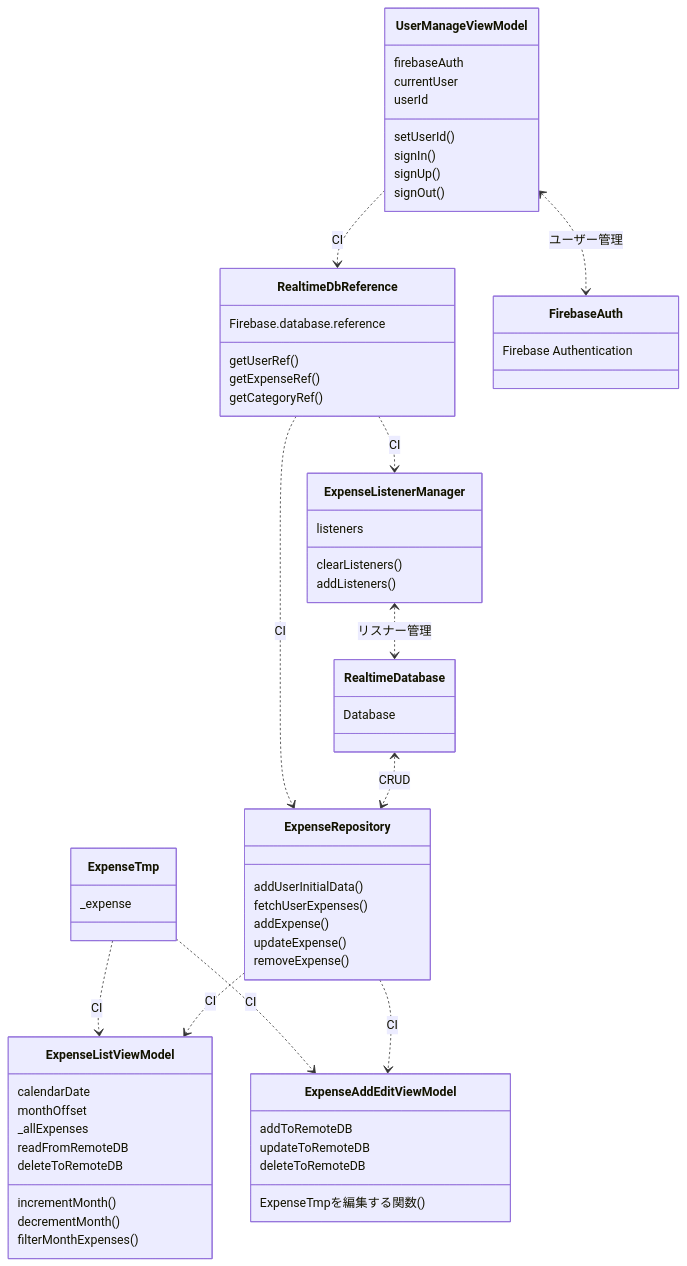
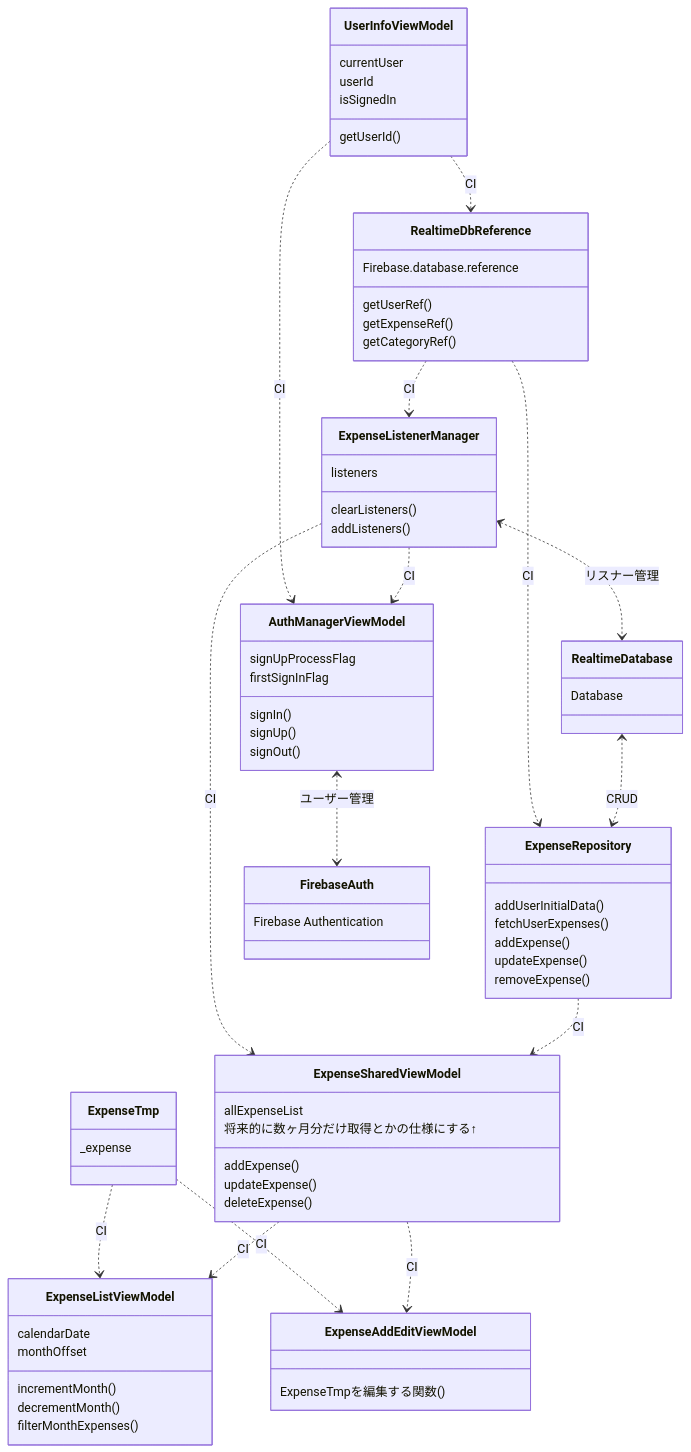
Before and after one commit to GakuAkita/HouseholdExpenses: the diagram in app/src/main/java/gaku/original/myapplication/UML/ClassDiagram.md, drawn with Mermaid. The commit also changed 15 other files, not shown here.

`````diff
--- a/app/src/main/java/gaku/original/myapplication/UML/ClassDiagram.md
+++ b/app/src/main/java/gaku/original/myapplication/UML/ClassDiagram.md
@@ -1,27 +1,19 @@
 ```mermaid
 classDiagram
-
 
 class ExpenseListViewModel{
 calendarDate
 monthOffset
-_allExpenses
 
 incrementMonth()
 decrementMonth()
 filterMonthExpenses()
-
-readFromRemoteDB
-deleteToRemoteDB
 %%AddEditとこのdeleteがかぶる
 }
 
 class ExpenseAddEditViewModel{
 
 ExpenseTmpを編集する関数()
-addToRemoteDB
-updateToRemoteDB
-deleteToRemoteDB
 }
 
 class ExpenseTmp{
@@ -39,9 +31,6 @@
 updateExpense()
 removeExpense()
 }
-ExpenseRepository ..> ExpenseListViewModel :CI
-ExpenseRepository ..> ExpenseAddEditViewModel :CI
-
 
 class ExpenseListenerManager {
 listeners
@@ -49,6 +38,20 @@
 clearListeners()
 addListeners()
 }
+
+class ExpenseSharedViewModel{
+allExpenseList
+将来的に数ヶ月分だけ取得とかの仕様にする↑
+
+addExpense()
+updateExpense()
+deleteExpense()
+}
+
+ExpenseListenerManager ..> ExpenseSharedViewModel :CI
+ExpenseRepository ..> ExpenseSharedViewModel :CI
+ExpenseSharedViewModel ..> ExpenseListViewModel :CI
+ExpenseSharedViewModel ..> ExpenseAddEditViewModel :CI
 
 class RealtimeDbReference {
 Firebase.database.reference
@@ -63,18 +66,26 @@
 ExpenseListenerManager <..> RealtimeDatabase :リスナー管理
 
 %%Firebase関連がまとめられる。ユーザーとか
-class UserManageViewModel{
-firebaseAuth
-currentUser
-userId
-
-setUserId()
-signIn()
-signUp()
-signOut()
+class UserInfoViewModel {
+    currentUser
+    userId
+    isSignedIn
+    getUserId()
 }
 
-UserManageViewModel ..> RealtimeDbReference : CI
+class AuthManagerViewModel {
+    signUpProcessFlag
+    firstSignInFlag
+    signIn()
+    signUp()
+    signOut()
+}
+UserInfoViewModel ..> AuthManagerViewModel :CI
+UserInfoViewModel ..> RealtimeDbReference :CI
+ExpenseListenerManager ..> AuthManagerViewModel :CI
+%%キモいけどlistenerをサイン・アウト時にクリアするにはこうやって渡すしかないか～
+%% ExpenseListenerManager ..> UserManageViewModel :CI 
+%% UserManageViewModel ..> RealtimeDbReference : CI
 
 class RealtimeDatabase{
 Database
@@ -84,6 +95,6 @@
 class FirebaseAuth{
 Firebase Authentication
 }
-UserManageViewModel <..> FirebaseAuth: ユーザー管理
+AuthManagerViewModel <..> FirebaseAuth: ユーザー管理
 
 ````
`````
